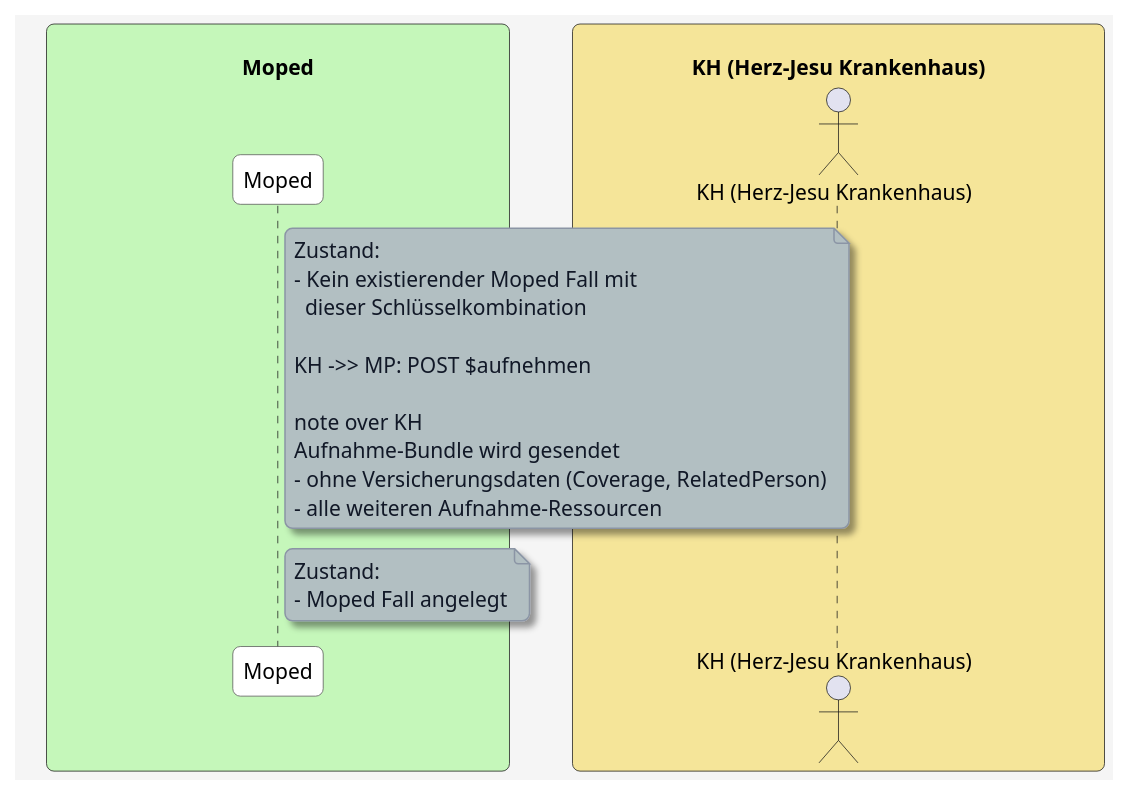
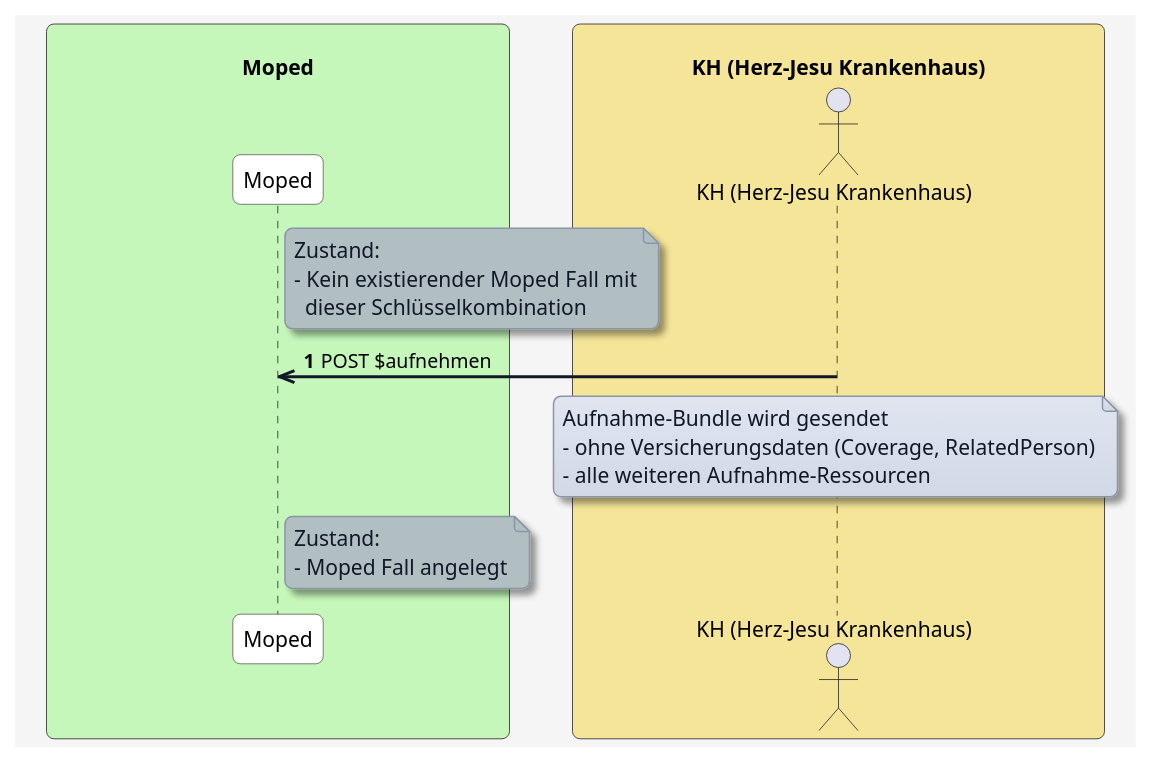
One commit to HL7Austria/ELGA-MOPED-R5 changed the diagram in input/images-source/aufnehmen-keine-versicherungsdetails.plantuml. Above: the diagram before and after it, drawn with PlantUML.

Commit message:
#770 fix bug

```diff
--- a/input/images-source/aufnehmen-keine-versicherungsdetails.plantuml
+++ b/input/images-source/aufnehmen-keine-versicherungsdetails.plantuml
@@ -1,70 +1,71 @@
 @startuml
 skinparam borderColor #000000
 skinparam backgroundColor #f5f5f5
 skinparam shadowing false
 skinparam roundCorner 10
 skinparam defaultFontName "Arial"
 skinparam defaultFontSize 14
 skinparam defaultFontColor #000000
 
 skinparam note {
   BackgroundColor #e0e5f0-#d1d9e6
   BorderColor #8b95a5
   BorderThickness 1
   RoundCorner 8
   Padding 6
   FontColor #111827
   Shadowing true
 }
 
 skinparam HyperlinkColor #0000EE
 skinparam HyperlinkUnderline false
 
 skinparam sequence {
   ParticipantBorderColor #555555
   ParticipantBackgroundColor #ffffff
   ParticipantFontColor #000000
   ParticipantFontSize 14
   ParticipantPadding 20
   ArrowColor #111827
   ArrowThickness 2
   ArrowFontColor #000000
   ArrowFontSize 13
   GroupBorderColor #111827
   GroupBackgroundColor #f3f4f6
   GroupBorderThickness 1
 }
 
 skinparam BoxPadding 20
 skinparam BoxBorderColor #555555
 
 box "\n                                   Moped                                   " #c5f7ba
   participant MP as "Moped"
 end box
 
 box "\n                     KH (Herz-Jesu Krankenhaus)                     " #f5e599
   actor KH as "KH (Herz-Jesu Krankenhaus)"
 end box
 
 
 autonumber
 
 note right of MP #b2bfc2
 Zustand:
 - Kein existierender Moped Fall mit
   dieser Schlüsselkombination
+end note
 
 KH ->> MP: POST $aufnehmen
 
 note over KH
 Aufnahme-Bundle wird gesendet
 - ohne Versicherungsdaten (Coverage, RelatedPerson)
 - alle weiteren Aufnahme-Ressourcen
 end note
 
 note right of MP #b2bfc2
 Zustand:
 - Moped Fall angelegt
 end note
 
 @enduml
```
